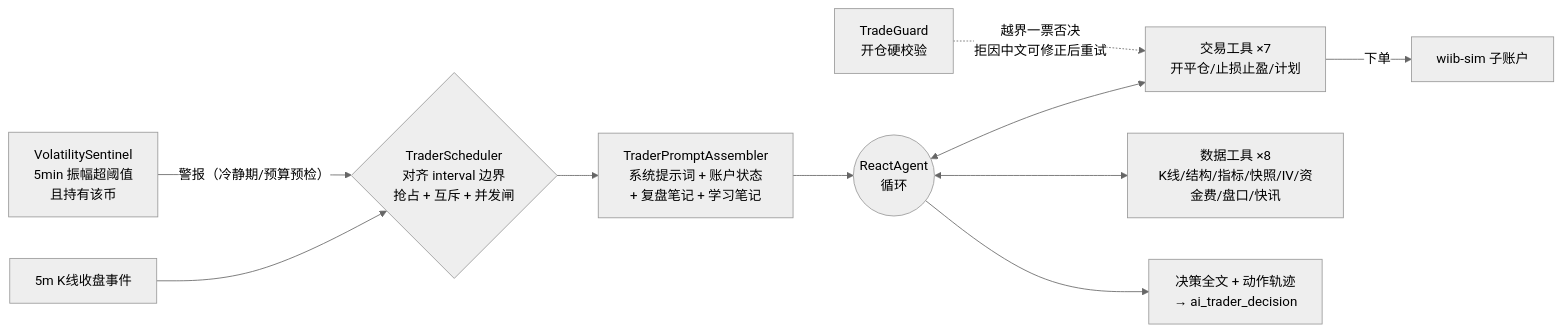
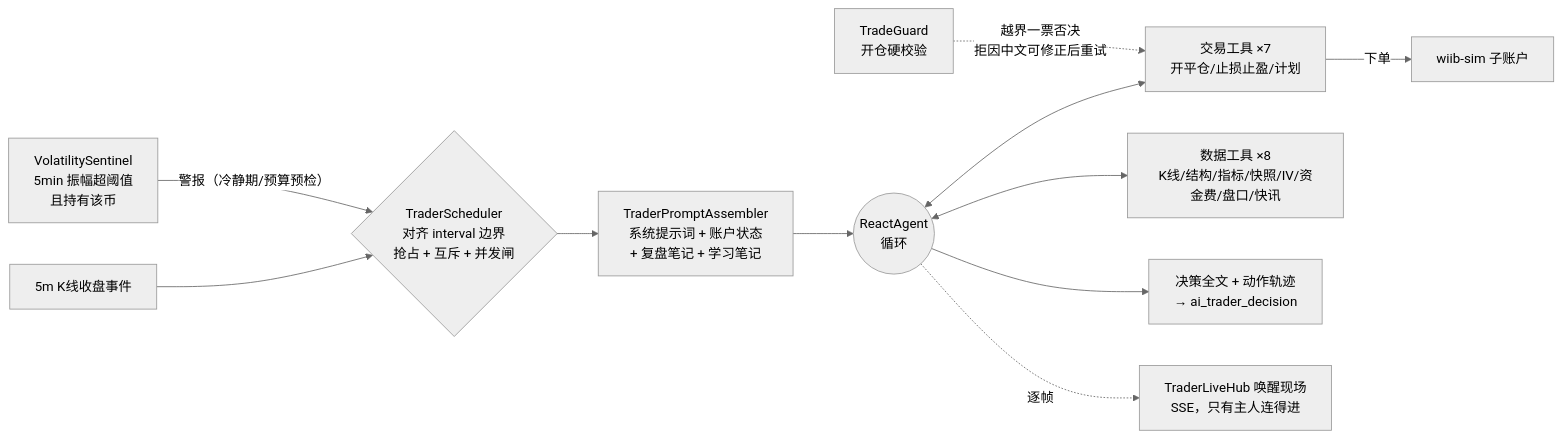
The second of 6 diagrams in docs/agent-harness/architecture.md (mamawai/wiib), drawn with Mermaid (neutral theme) before and after one commit. The commit also changed other lines of this file and 11 other files, not shown here.

````diff
--- a/docs/agent-harness/architecture.md
+++ b/docs/agent-harness/architecture.md
@@ -54,12 +54,13 @@
 ```mermaid
 flowchart LR
     CLK["5m K线收盘事件"] --> SCH{"TraderScheduler<br/>对齐 interval 边界<br/>抢占 + 互斥 + 并发闸"}
     SEN["VolatilitySentinel<br/>5min 振幅超阈值<br/>且持有该币"] -->|"警报（冷静期/预算预检）"| SCH
     SCH --> PA["TraderPromptAssembler<br/>系统提示词 + 账户状态<br/>+ 复盘笔记 + 学习笔记"]
     PA --> RA(("ReactAgent<br/>循环"))
     RA <--> T1["交易工具 ×7<br/>开平仓/止损止盈/计划"]
     RA <--> T2["数据工具 ×8<br/>K线/结构/指标/快照/IV/资金费/盘口/快讯"]
     RA --> OUT["决策全文 + 动作轨迹<br/>→ ai_trader_decision"]
+    RA -.->|"逐帧"| HUB["TraderLiveHub 唤醒现场<br/>SSE，只有主人连得进"]
     GUARD["TradeGuard<br/>开仓硬校验"] -.->|"越界一票否决<br/>拒因中文可修正后重试"| T1
     T1 -->|"下单"| SIMX["wiib-sim 子账户"]
 ```
````
